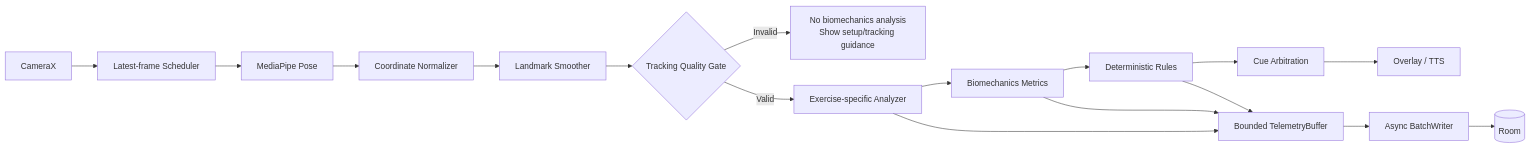
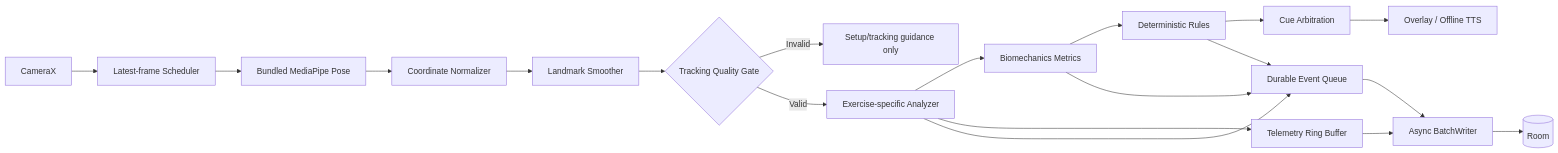
The sixth of 7 diagrams in docs/uml/OVERVIEW.md (lazerta/gym-buddy), drawn with Mermaid before and after one commit. The commit also changed other lines of this file, not shown here.

Commit message:
UML v0.5: sync overview with second-review fixes

````diff
--- a/docs/uml/OVERVIEW.md
+++ b/docs/uml/OVERVIEW.md
@@ -296,20 +307,22 @@
 ```mermaid
 flowchart LR
     C[CameraX] --> F[Latest-frame Scheduler]
-    F --> P[MediaPipe Pose]
+    F --> P[Bundled MediaPipe Pose]
     P --> N[Coordinate Normalizer]
     N --> S[Landmark Smoother]
     S --> G{Tracking Quality Gate}
-    G -- Invalid --> X[No biomechanics analysis\nShow setup/tracking guidance]
+    G -- Invalid --> X[Setup/tracking guidance only]
     G -- Valid --> A[Exercise-specific Analyzer]
     A --> M[Biomechanics Metrics]
     M --> R[Deterministic Rules]
     R --> Q[Cue Arbitration]
-    Q --> O[Overlay / TTS]
+    Q --> O[Overlay / Offline TTS]
 
-    A --> B[Bounded TelemetryBuffer]
-    M --> B
-    R --> B
-    B --> W[Async BatchWriter]
+    A --> T[Telemetry Ring Buffer]
+    A --> D[Durable Event Queue]
+    M --> D
+    R --> D
+    D --> W[Async BatchWriter]
+    T --> W
     W --> DB[(Room)]
 ```
````
